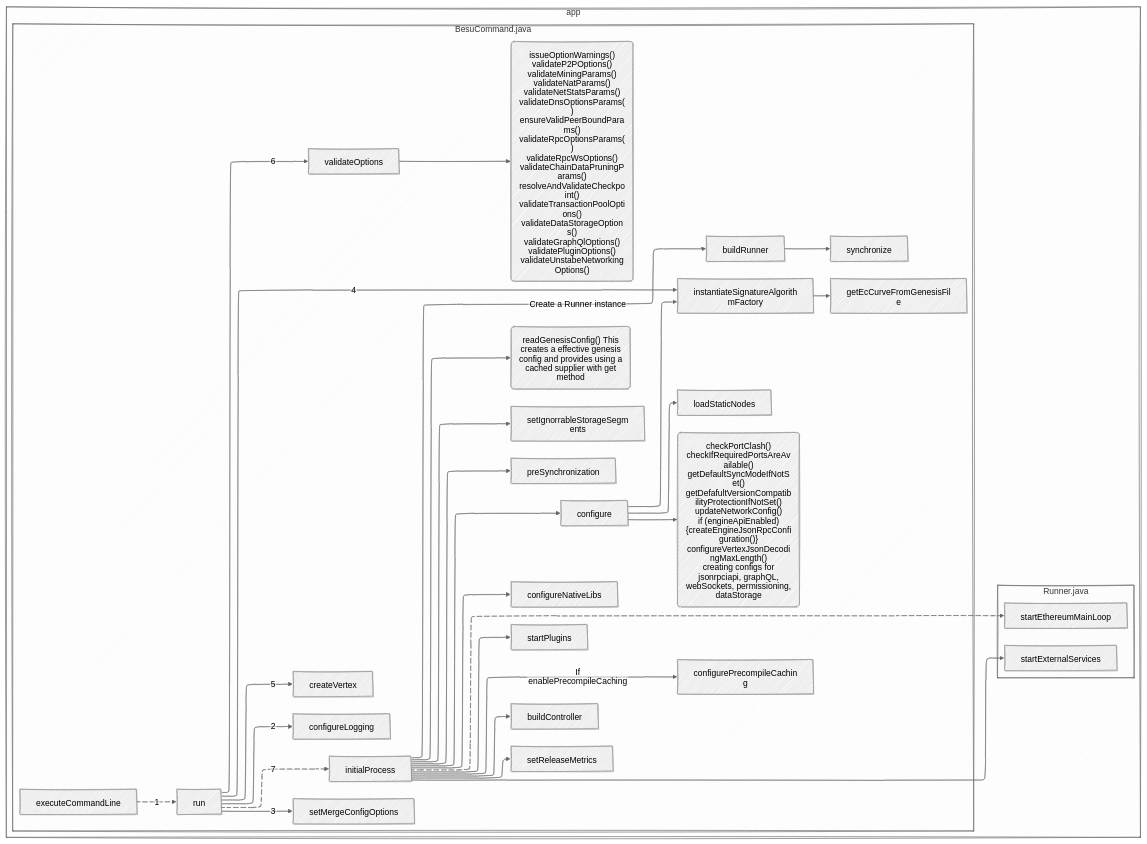
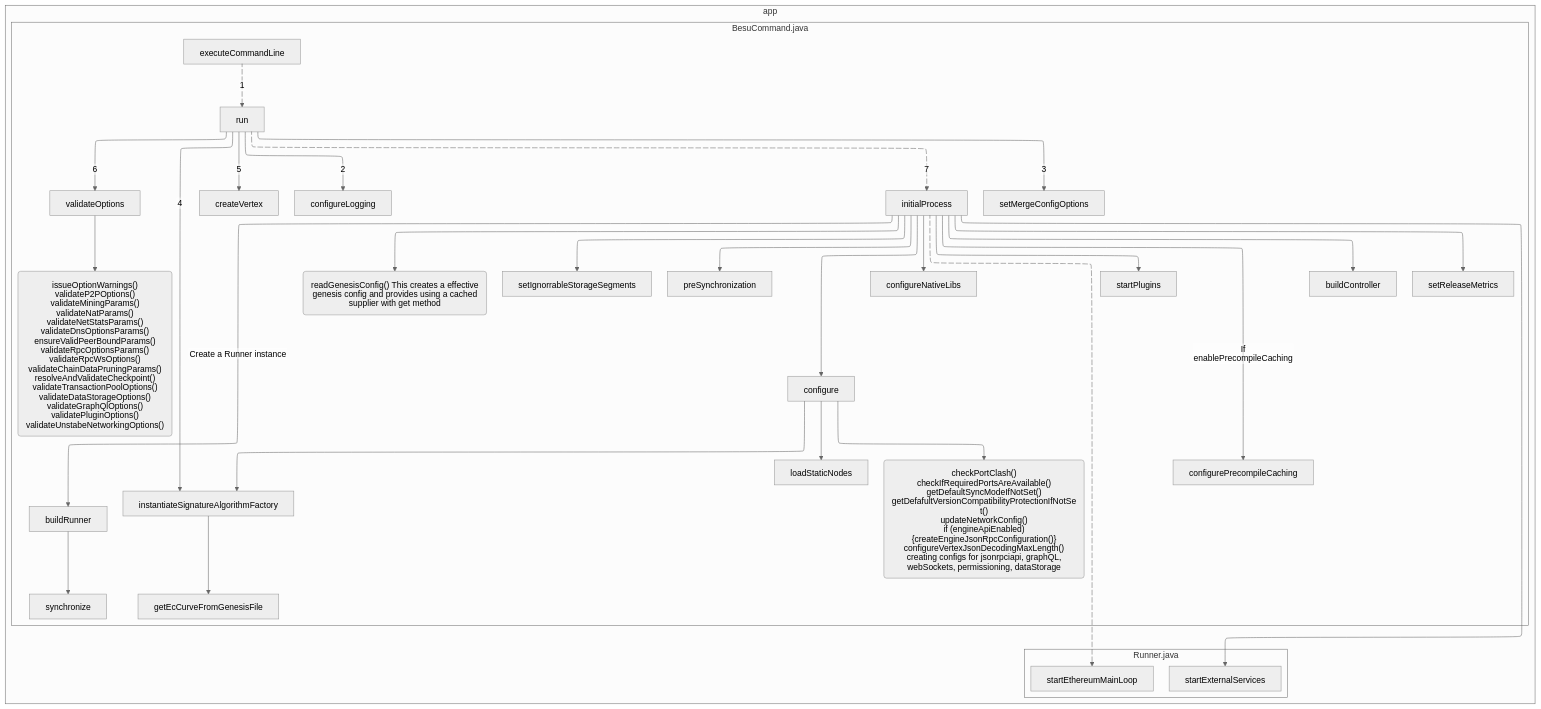
Before and after one commit to mimanshumaheshwari-zeeve/besu-flow-documentation: the diagram in diagrams/startup/BESU-STARTUP-002-node.mmd, drawn with Mermaid. The commit also changed 2 other files, not shown here.

```diff
--- a/diagrams/startup/BESU-STARTUP-002-node.mmd
+++ b/diagrams/startup/BESU-STARTUP-002-node.mmd
@@ -1,79 +1,86 @@
 ---
 config:
   layout: elk
   htmlLabels: false
   theme: neutral
-  look: handDrawn
+  look: classic
   elk:
-    mergeEdges: true
+    mergeEdges: false
     nodePlacementStrategy: LINEAR_SEGMENTS
-    nodePlacementAlignment: NONE
+    nodePlacementAlignment: BALANCED
+  flowchart:
+    nodeSpacing: 20
+    curve: base
+    defaultRenderer : elk
+    wrappingWidth: 350
+    inheritDir: false
+    rankSpacing: 10
 ---
 %% TD %%
-flowchart LR 
+flowchart TD 
 subgraph "app"
   subgraph "BesuCommand.java"
     run 
     executeCommandLine
     initialProcess
 
     executeCommandLine e1@--1--> run
 
     run --2--> configureLogging
     run --3--> setMergeConfigOptions
     run --4--> instantiateSignatureAlgorithmFactory --> getEcCurveFromGenesisFile
     run --5--> createVertex
     run --6--> validateOptions
 
     validateOptions --> validate_options_inner("`issueOptionWarnings()
 validateP2POptions()
 validateMiningParams()
 validateNatParams()
 validateNetStatsParams()
 validateDnsOptionsParams()
 ensureValidPeerBoundParams()
 validateRpcOptionsParams()
 validateRpcWsOptions()
 validateChainDataPruningParams()
 resolveAndValidateCheckpoint()
 validateTransactionPoolOptions()
 validateDataStorageOptions()
 validateGraphQlOptions()
 validatePluginOptions()
 validateUnstabeNetworkingOptions()`")
 
     run e2@--7--> initialProcess
 
     initialProcess --> readGenesisConfig("`readGenesisConfig() <sm>This creates a effective genesis config and provides using a cached supplier with get method</sm>`")
     initialProcess --> configure
     configure--> instantiateSignatureAlgorithmFactory
     configure --> configuration_initial_process("`checkPortClash()
     checkIfRequiredPortsAreAvailable()
     getDefaultSyncModeIfNotSet()
     getDefafultVersionCompatibilityProtectionIfNotSet()
     updateNetworkConfig()
     if (engineApiEnabled) {createEngineJsonRpcConfiguration()}
     configureVertexJsonDecodingMaxLength()
     creating configs for jsonrpciapi, graphQL, webSockets, permissioning, dataStorage
     `") 
     configure -->  loadStaticNodes 
     initialProcess --> setIgnorrableStorageSegments
     initialProcess --> configureNativeLibs
     initialProcess --"If enablePrecompileCaching"--> configurePrecompileCaching
     initialProcess --> buildController
     initialProcess --"Create a Runner instance"--> buildRunner --> synchronize
     initialProcess --> startPlugins
     initialProcess --> setReleaseMetrics 
     initialProcess --> preSynchronization
   end
   subgraph "Runner.java"
     startExternalServices
     startEthereumMainLoop
   end
   initialProcess --> startExternalServices
   initialProcess e3@--> startEthereumMainLoop
 end
 
 e1@{animate: true}
 e2@{animate: true}
 e3@{animate: true}
```
